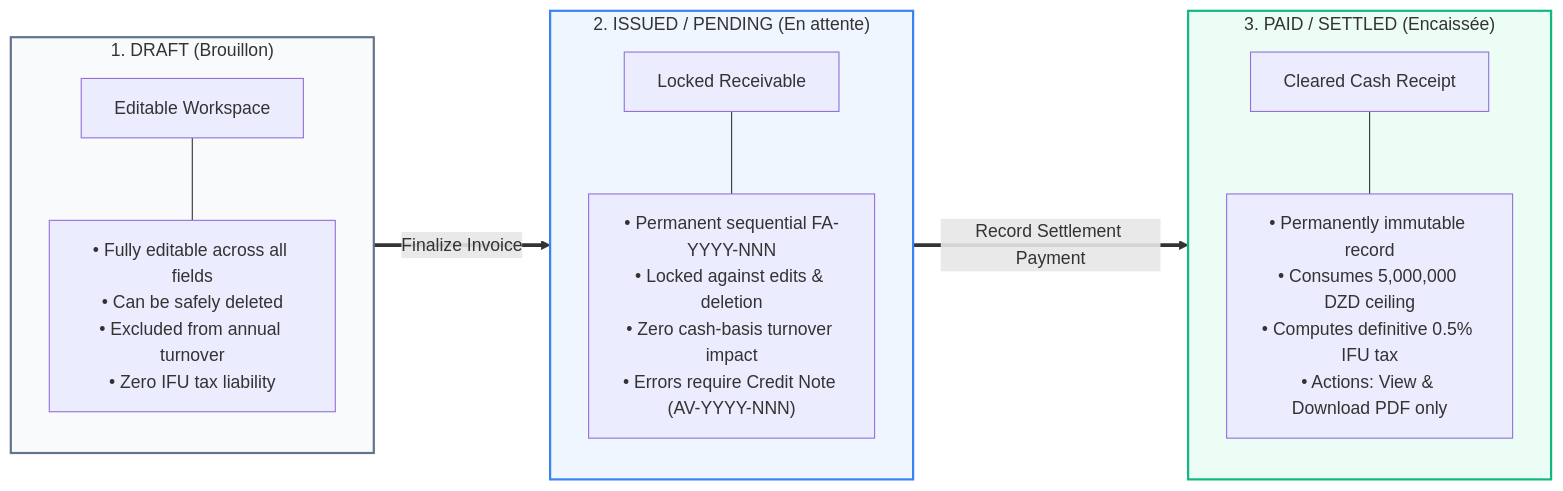
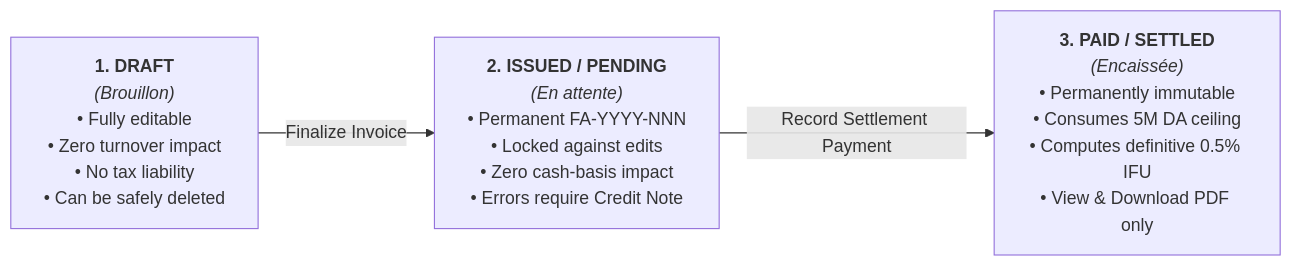
One commit to AYA-BACHA/MoukawilOS changed the second of 7 diagrams in README.md. Above: the diagram before and after it, drawn with Mermaid. The commit also changed other lines of this file, not shown here.

Commit message:
docs: remove custom Mermaid color overrides to restore native GitHub dark/light mode contrast

````diff
--- a/README.md
+++ b/README.md
@@ -181,30 +174,11 @@
 ```mermaid
 flowchart LR
-    subgraph DRAFT ["1. DRAFT (Brouillon)"]
-        direction TB
-        D_TITLE["Editable Workspace"]
-        D_DESC["• Fully editable across all fields<br/>• Can be safely deleted<br/>• Excluded from annual turnover<br/>• Zero IFU tax liability"]
-        D_TITLE --- D_DESC
-    end
+    DRAFT["<strong>1. DRAFT</strong><br/><em>(Brouillon)</em><br/>• Fully editable<br/>• Zero turnover impact<br/>• No tax liability<br/>• Can be safely deleted"]
+    
+    ISSUED["<strong>2. ISSUED / PENDING</strong><br/><em>(En attente)</em><br/>• Permanent FA-YYYY-NNN<br/>• Locked against edits<br/>• Zero cash-basis impact<br/>• Errors require Credit Note"]
+    
+    PAID["<strong>3. PAID / SETTLED</strong><br/><em>(Encaissée)</em><br/>• Permanently immutable<br/>• Consumes 5M DA ceiling<br/>• Computes definitive 0.5% IFU<br/>• View & Download PDF only"]
 
-    subgraph ISSUED ["2. ISSUED / PENDING (En attente)"]
-        direction TB
-        I_TITLE["Locked Receivable"]
-        I_DESC["• Permanent sequential FA-YYYY-NNN<br/>• Locked against edits & deletion<br/>• Zero cash-basis turnover impact<br/>• Errors require Credit Note (AV-YYYY-NNN)"]
-        I_TITLE --- I_DESC
-    end
-
-    subgraph PAID ["3. PAID / SETTLED (Encaissée)"]
-        direction TB
-        P_TITLE["Cleared Cash Receipt"]
-        P_DESC["• Permanently immutable record<br/>• Consumes 5,000,000 DZD ceiling<br/>• Computes definitive 0.5% IFU tax<br/>• Actions: View & Download PDF only"]
-        P_TITLE --- P_DESC
-    end
-
-    DRAFT ==>|"Finalize Invoice"| ISSUED
-    ISSUED ==>|"Record Settlement Payment"| PAID
-
-    style DRAFT fill:#f8fafc,stroke:#64748b,stroke-width:2px;
-    style ISSUED fill:#eff6ff,stroke:#3b82f6,stroke-width:2px;
-    style PAID fill:#ecfdf5,stroke:#10b981,stroke-width:2px;
+    DRAFT -->|"Finalize Invoice"| ISSUED
+    ISSUED -->|"Record Settlement Payment"| PAID
 ```
````
